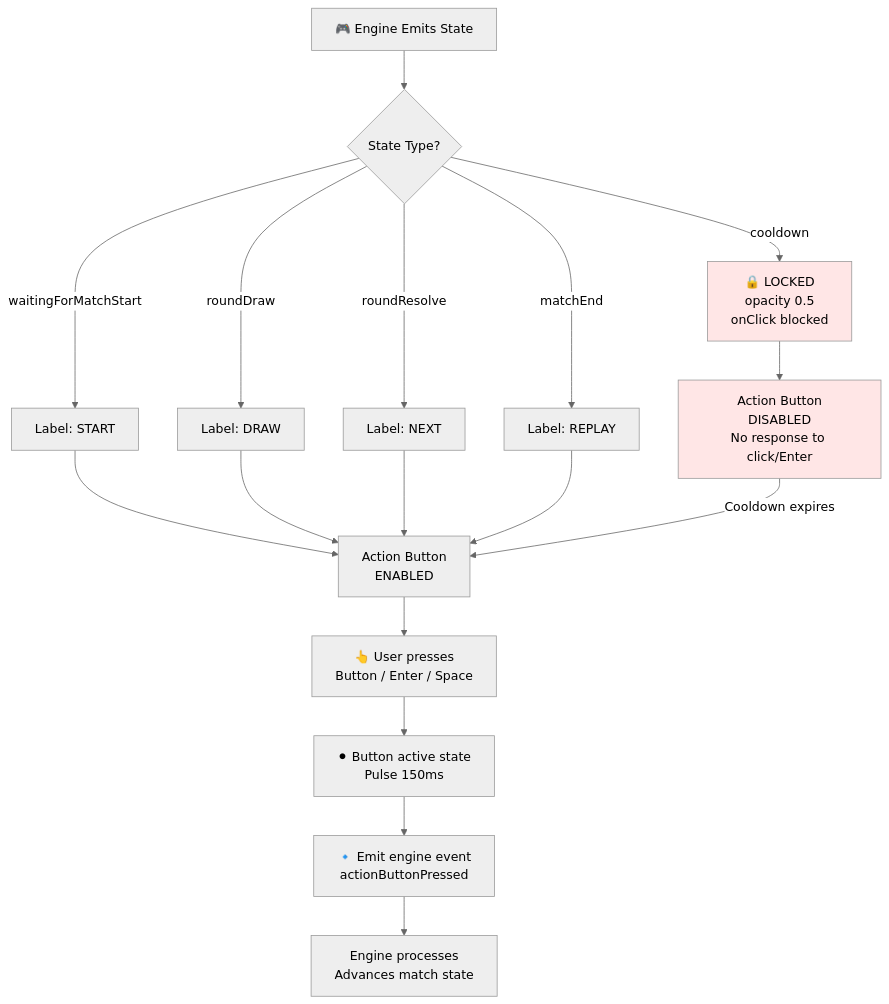
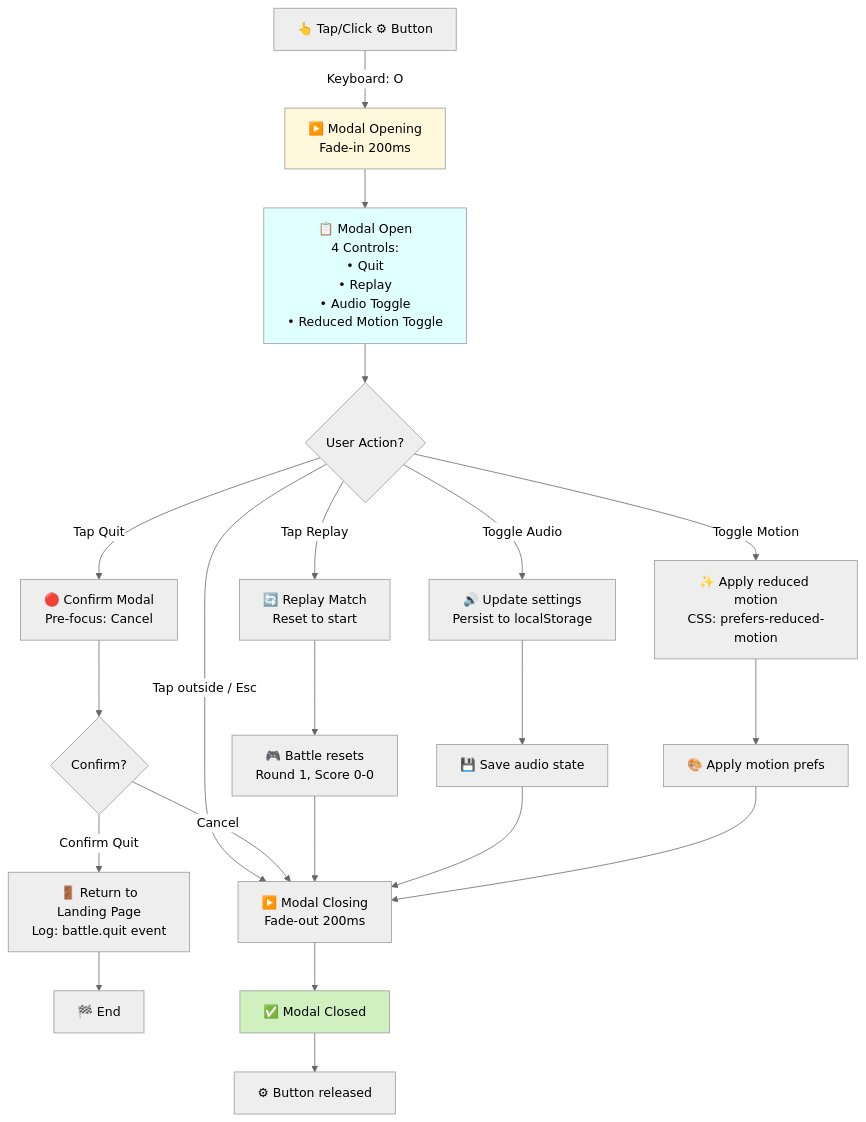
Before and after one commit to CyanAutomation/judokon: the fourth of 4 diagrams in design/productRequirementsDocuments/prdBattleActionBar.md, drawn with Mermaid (neutral theme). The commit also changed other lines of this file, not shown here.

Commit message:
Fix formatting in prdBattleActionBar.md

````diff
--- a/design/productRequirementsDocuments/prdBattleActionBar.md
+++ b/design/productRequirementsDocuments/prdBattleActionBar.md
@@ -272,35 +272,35 @@
 ```mermaid
 graph TD
-    A["🎮 Engine Emits State"] --> B{"State Type?"}
+    A["👆 Tap/Click ⚙ Button"] -->|Keyboard: O| B["▶️ Modal Opening\nFade-in 200ms"]
     
-    B -->|waitingForMatchStart| C["Label: START"]
-    B -->|roundDraw| D["Label: DRAW"]
-    B -->|roundResolve| E["Label: NEXT"]
-    B -->|cooldown| F["🔒 LOCKED<br/>opacity 0.5<br/>onClick blocked"]
-    B -->|matchEnd| G["Label: REPLAY"]
+    B --> C["📋 Modal Open\n4 Controls:\n• Quit\n• Replay\n• Audio Toggle\n• Reduced Motion Toggle"]
     
-    C --> H["Action Button<br/>ENABLED"]
-    D --> H
-    E --> H
-    G --> H
+    C --> D{"User Action?"}
     
-    F --> I["Action Button<br/>DISABLED<br/>No response to click/Enter"]
+    D -->|Tap Quit| E["🔴 Confirm Modal\nPre-focus: Cancel"]
+    D -->|Tap Replay| F["🔄 Replay Match\nReset to start"]
+    D -->|Toggle Audio| G["🔊 Update settings\nPersist to localStorage"]
+    D -->|Toggle Motion| H["✨ Apply reduced motion\nCSS: prefers-reduced-motion"]
+    D -->|Tap outside / Esc| I["▶️ Modal Closing\nFade-out 200ms"]
     
-    H --> J["👆 User presses<br/>Button / Enter / Space"]
+    E --> J{"Confirm?"}
+    J -->|Cancel| I
+    J -->|Confirm Quit| K["🚪 Return to\nLanding Page\nLog: battle.quit event"]
     
-    J --> K["⚫ Button active state<br/>Pulse 150ms"]
+    F --> L["🎮 Battle resets\nRound 1, Score 0-0"]
+    G --> M["💾 Save audio state"]
+    H --> N["🎨 Apply motion prefs"]
     
-    K --> L["🔹 Emit engine event<br/>actionButtonPressed"]
+    L --> I
+    M --> I
+    N --> I
     
-    L --> M["Engine processes<br/>Advances match state"]
+    K --> End["🏁 End"]
     
-    I -->|Cooldown expires| H
+    I --> O["✅ Modal Closed"]
+    O --> P["⚙ Button released"]
     
-    style C fill:#lightgreen
-    style D fill:#lightgreen
-    style E fill:#lightgreen
-    style G fill:#lightgreen
-    style F fill:#ffe6e6
-    style H fill:#lightgreen
-    style I fill:#ffe6e6
+    style B fill:#fff8dc
+    style C fill:#e0ffff
+    style O fill:#d0f0c0
 ```
````
